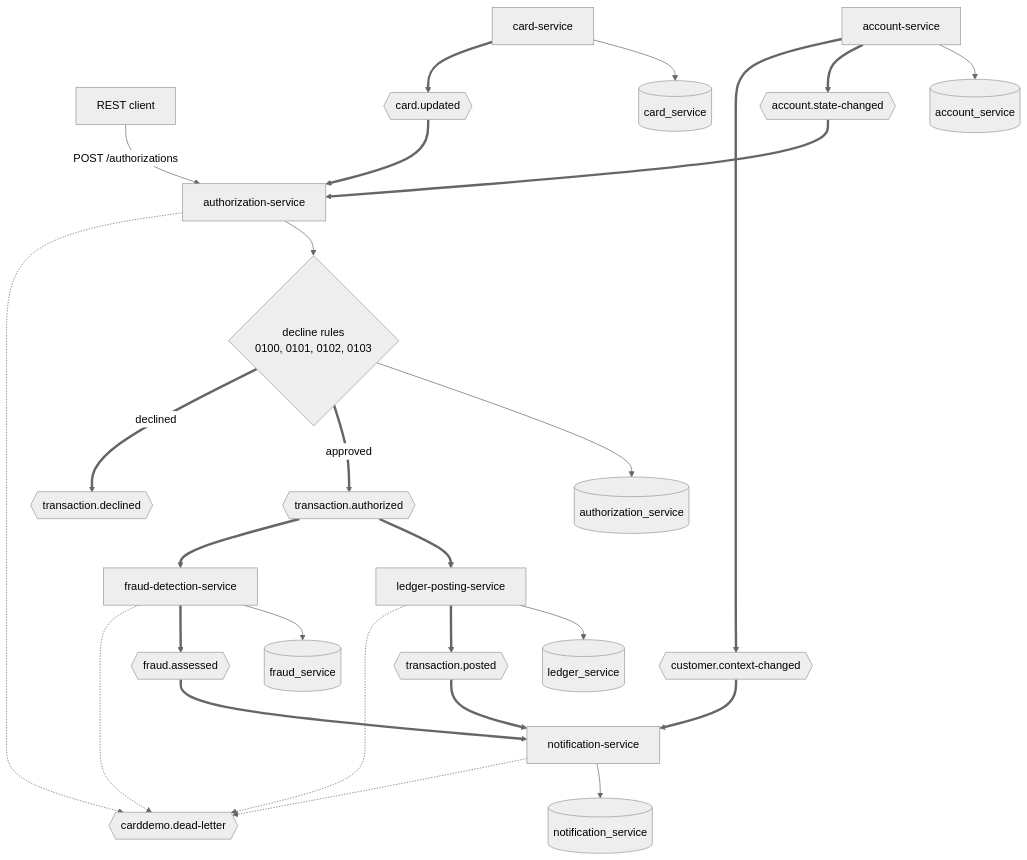
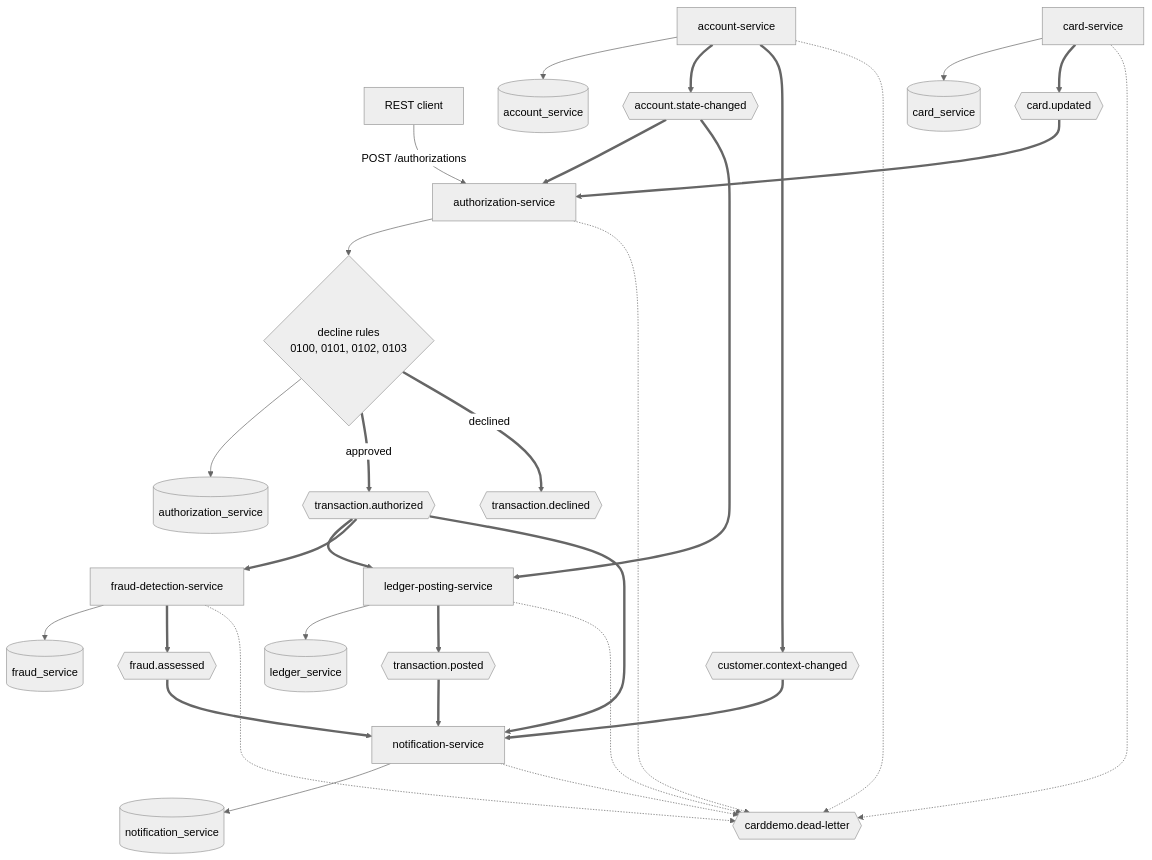
The first of 2 diagrams in card-platform/README.md (blitzy-public-samples/aws-carddemo-blitzy), drawn with Mermaid (neutral theme) before and after one commit. The commit also changed other lines of this file and 163 other files, not shown here.

````diff
--- a/card-platform/README.md
+++ b/card-platform/README.md
@@ -169,52 +176,56 @@
 ```mermaid
 graph TB
     CLIENT["REST client"]
     AUTH["authorization-service"]
     RULES{"decline rules<br/>0100, 0101, 0102, 0103"}
     AUTHDB[("authorization_service")]
     TA{{"transaction.authorized"}}
     TD{{"transaction.declined"}}
     LEDGER["ledger-posting-service"]
     FRAUD["fraud-detection-service"]
     LEDGERDB[("ledger_service")]
     FRAUDDB[("fraud_service")]
     TP{{"transaction.posted"}}
     FA{{"fraud.assessed"}}
     NOTIFY["notification-service"]
     NOTIFYDB[("notification_service")]
     ACCOUNT["account-service"]
     ACCOUNTDB[("account_service")]
     AS{{"account.state-changed"}}
     CC{{"customer.context-changed"}}
     CARD["card-service"]
     CARDDB[("card_service")]
     CU{{"card.updated"}}
     DEAD{{"carddemo.dead-letter"}}
 
     CLIENT -->|"POST /authorizations"| AUTH
     AUTH --> RULES
     RULES --> AUTHDB
     RULES ==>|approved| TA
     RULES ==>|declined| TD
     TA ==> LEDGER
     TA ==> FRAUD
+    TA ==> NOTIFY
     LEDGER --> LEDGERDB
     FRAUD --> FRAUDDB
     LEDGER ==> TP
     FRAUD ==> FA
     TP ==> NOTIFY
     FA ==> NOTIFY
     NOTIFY --> NOTIFYDB
     ACCOUNT --> ACCOUNTDB
     ACCOUNT ==> AS
     ACCOUNT ==> CC
     AS ==> AUTH
+    AS ==> LEDGER
     CC ==> NOTIFY
     CARD --> CARDDB
     CARD ==> CU
     CU ==> AUTH
     LEDGER -.-> DEAD
     FRAUD -.-> DEAD
     NOTIFY -.-> DEAD
     AUTH -.-> DEAD
+    ACCOUNT -.-> DEAD
+    CARD -.-> DEAD
 ```
````
